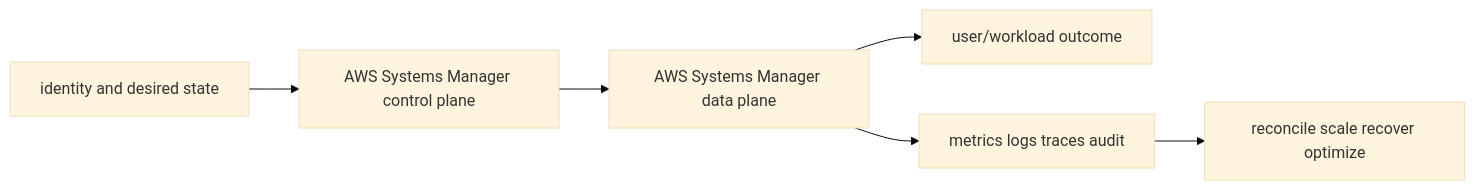
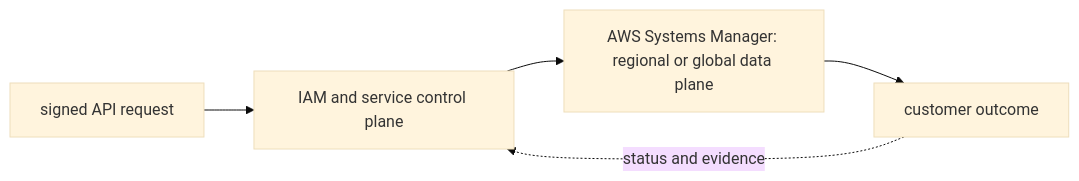
One commit to tomkidumbuyo/DevOps-interview-preparation changed the diagram in 07-aws/09-security-operations/07-systems-manager/README.md. Above: the diagram before and after it, drawn with Mermaid (base theme). The commit also changed other lines of this file and 753 other files, not shown here.

````diff
--- a/07-aws/09-security-operations/07-systems-manager/README.md
+++ b/07-aws/09-security-operations/07-systems-manager/README.md
@@ -19,8 +31,7 @@
 ```mermaid
 flowchart LR
-  I[identity and desired state] --> C[AWS Systems Manager control plane]
-  C --> D[AWS Systems Manager data plane]
-  D --> U[user/workload outcome]
-  D --> O[metrics logs traces audit]
-  O --> R[reconcile scale recover optimize]
+  A["signed API request"] --> B["IAM and service control plane"]
+  B --> C["AWS Systems Manager: regional or global data plane"]
+  C --> D["customer outcome"]
+  D -. "status and evidence" .-> B
 ```
````
